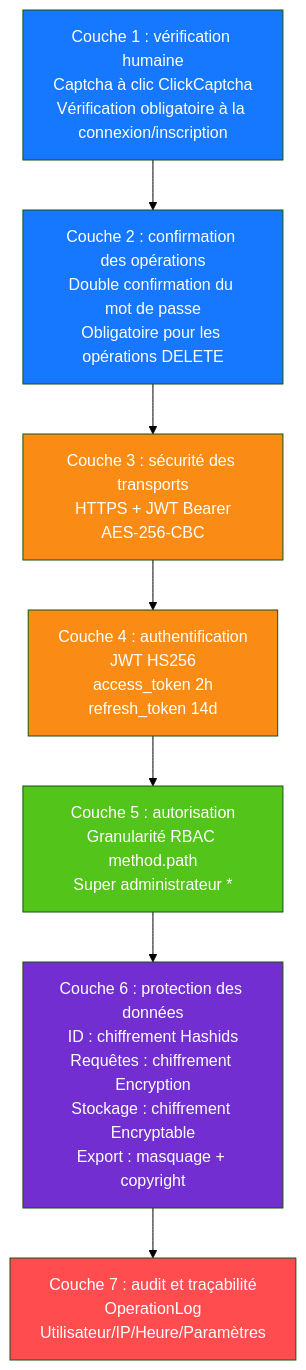
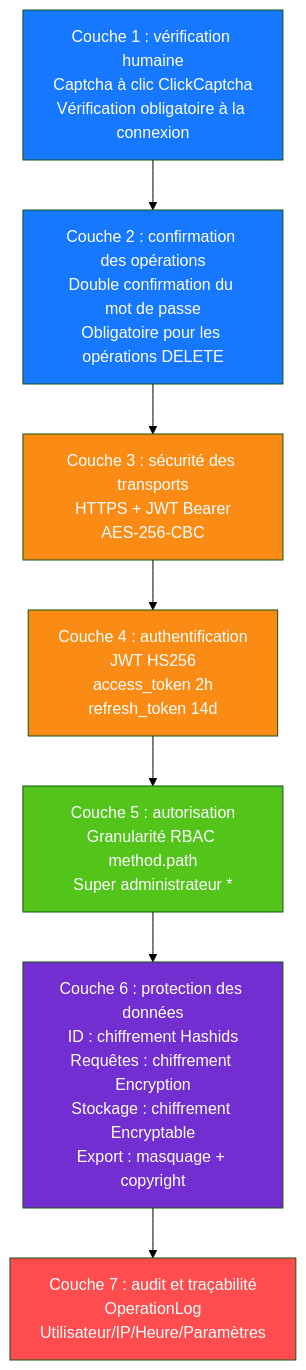
Before and after one commit to erikwang2013/open-admin: the diagram in docs/diagrams/11-security-defense.fr.md, drawn with Mermaid (forest theme). The commit also changed 115 other files, not shown here.

First line of the commit message:
功能：新增项目宠物「小安」、站点首页与手写 SVG 设计图集；全部文档对齐代码

````diff
--- a/docs/diagrams/11-security-defense.fr.md
+++ b/docs/diagrams/11-security-defense.fr.md
@@ -7,20 +7,20 @@
 ```mermaid
 flowchart TB
-    l1["Couche 1 : vérification humaine<br/>Captcha à clic ClickCaptcha<br/>Vérification obligatoire à la connexion/inscription"]
+    l1["Couche 1 : vérification humaine<br/>Captcha à clic ClickCaptcha<br/>Vérification obligatoire à la connexion"]
     l2["Couche 2 : confirmation des opérations<br/>Double confirmation du mot de passe<br/>Obligatoire pour les opérations DELETE"]
     l3["Couche 3 : sécurité des transports<br/>HTTPS + JWT Bearer<br/>AES-256-CBC"]
     l4["Couche 4 : authentification<br/>JWT HS256<br/>access_token 2h<br/>refresh_token 14d"]
     l5["Couche 5 : autorisation<br/>Granularité RBAC method.path<br/>Super administrateur *"]
     l6["Couche 6 : protection des données<br/>ID : chiffrement Hashids<br/>Requêtes : chiffrement Encryption<br/>Stockage : chiffrement Encryptable<br/>Export : masquage + copyright"]
     l7["Couche 7 : audit et traçabilité<br/>OperationLog<br/>Utilisateur/IP/Heure/Paramètres"]
 
     l1 --> l2 --> l3 --> l4 --> l5 --> l6 --> l7
 
     style l1 fill:#1677FF,color:#fff
     style l2 fill:#1677FF,color:#fff
     style l3 fill:#FA8C16,color:#fff
     style l4 fill:#FA8C16,color:#fff
     style l5 fill:#52C41A,color:#fff
     style l6 fill:#722ED1,color:#fff
     style l7 fill:#FF4D4F,color:#fff
 ```
````
